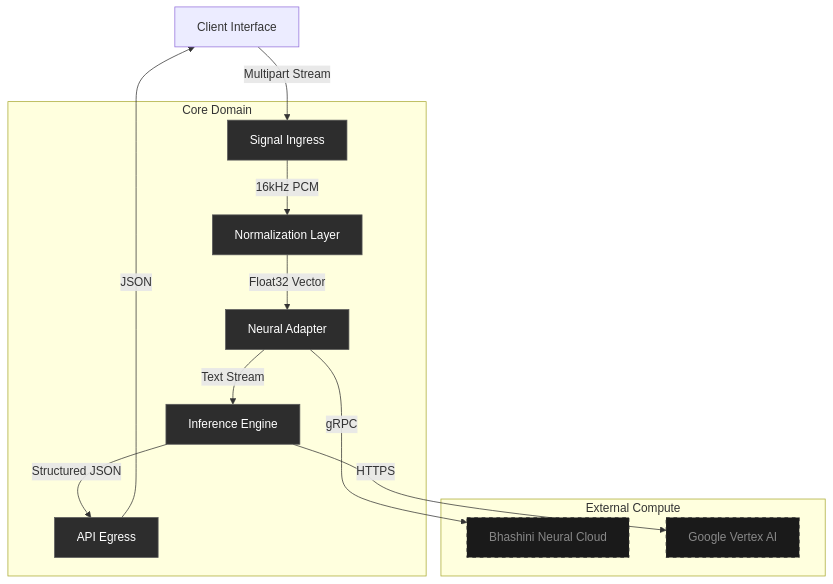
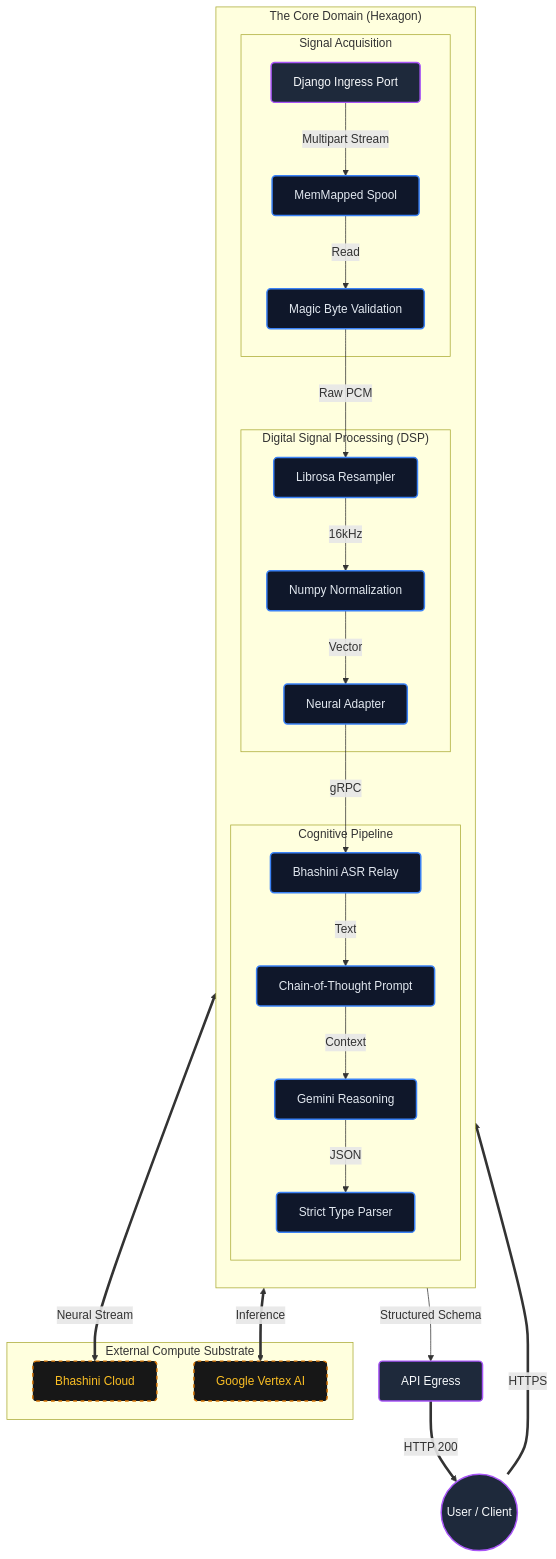
One commit to riteshroshann/meeting-mind-backened-baby-one changed the diagram in README.md. Above: the diagram before and after it, drawn with Mermaid. The commit also changed other lines of this file, not shown here.

Commit message:
docs: add grand finale context and upgrade architecture visualization

````diff
--- a/README.md
+++ b/README.md
@@ -78,21 +80,39 @@
 ```mermaid
 graph TD
-    classDef core fill:#2d2d2d,stroke:#5a5a5a,color:#fff
-    classDef ext fill:#1a1a1a,stroke:#333,color:#888,stroke-dasharray: 5 5
+    %% Masterpiece Styling: Cyberpunk & Gold
+    classDef core fill:#0f172a,stroke:#3b82f6,stroke-width:2px,color:#e2e8f0,rx:5,ry:5
+    classDef ext fill:#171717,stroke:#d97706,stroke-width:2px,color:#fbbf24,stroke-dasharray: 5 5,rx:5,ry:5
+    classDef io fill:#1e293b,stroke:#a855f7,stroke-width:2px,color:#f8fafc,rx:5,ry:5
 
-    Client[Client Interface] -->|Multipart Stream| Ingress
+    Client((User / Client)):::io == HTTPS ==> Ingress[Django Ingress Port]:::io
     
-    subgraph "Core Domain"
-        Ingress[Signal Ingress]:::core -->|16kHz PCM| Norm[Normalization Layer]:::core
-        Norm -->|Float32 Vector| Adapter[Neural Adapter]:::core
-        Adapter -->|Text Stream| Engine[Inference Engine]:::core
-        Engine -->|Structured JSON| Egress[API Egress]:::core
+    subgraph "The Core Domain (Hexagon)"
+        direction TB
+        
+        subgraph "Signal Acquisition"
+            Ingress -->|Multipart Stream| Spool[MemMapped Spool]:::core
+            Spool -->|Read| Magic[Magic Byte Validation]:::core
+        end
+
+        subgraph "Digital Signal Processing (DSP)"
+            Magic -->|Raw PCM| Librosa[Librosa Resampler]:::core
+            Librosa -- 16kHz --> Numpy[Numpy Normalization]:::core
+            Numpy -- Vector --> Adapter[Neural Adapter]:::core
+        end
+        
+        subgraph "Cognitive Pipeline"
+            Adapter -- gRPC --> Bhashini[Bhashini ASR Relay]:::core
+            Bhashini -- Text --> CoT[Chain-of-Thought Prompt]:::core
+            CoT -- Context --> Gemini[Gemini Reasoning]:::core
+            Gemini -- JSON --> Parser[Strict Type Parser]:::core
+        end
     end
 
-    subgraph "External Compute"
-        Adapter -->|gRPC| Bhashini[Bhashini Neural Cloud]:::ext
-        Engine -->|HTTPS| Vertex[Google Vertex AI]:::ext
+    subgraph "External Compute Substrate"
+        Bhashini <==>|Neural Stream| CloudA[Bhashini Cloud]:::ext
+        Gemini <==>|Inference| CloudB[Google Vertex AI]:::ext
     end
 
-    Egress -->|JSON| Client
+    Parser -->|Structured Schema| Egress[API Egress]:::io
+    Egress == HTTP 200 ==> Client
 ```
````
